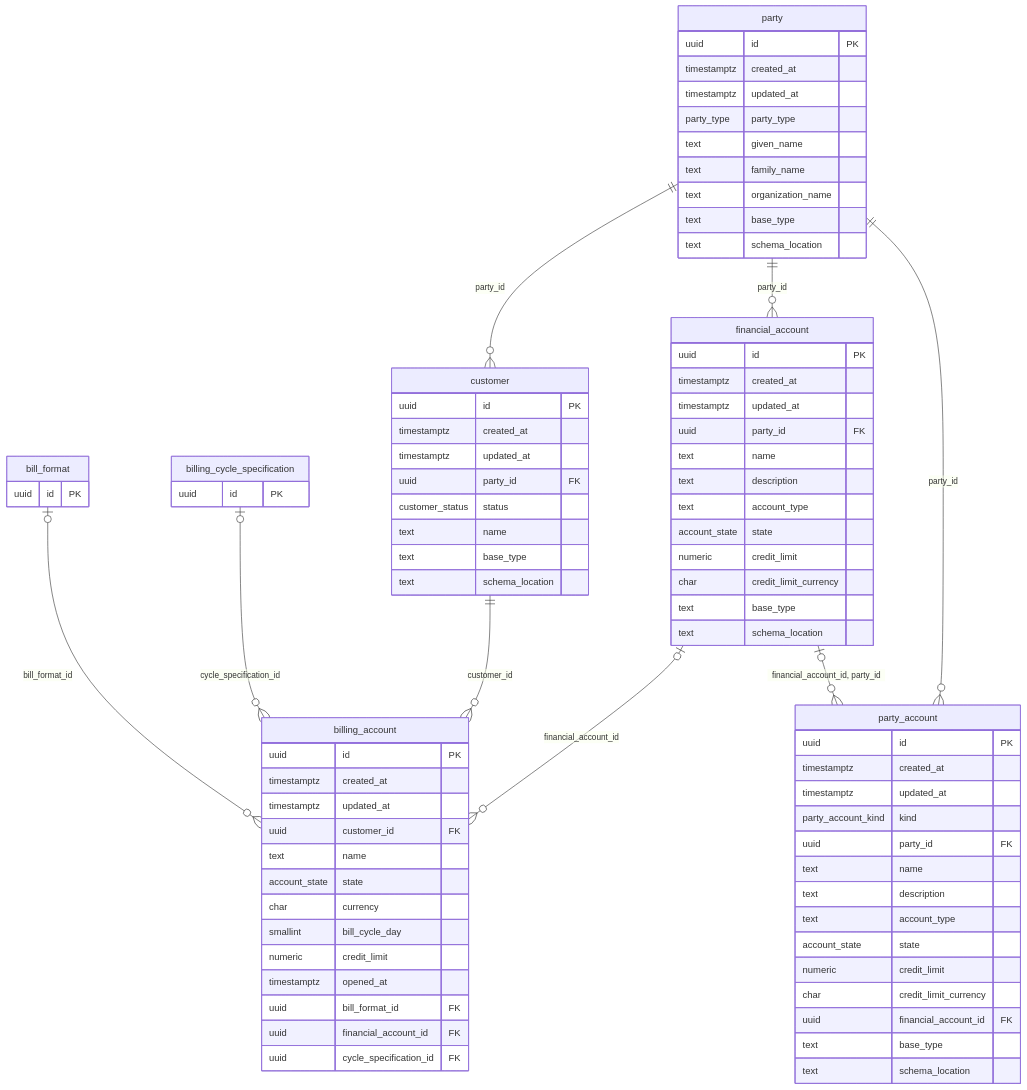
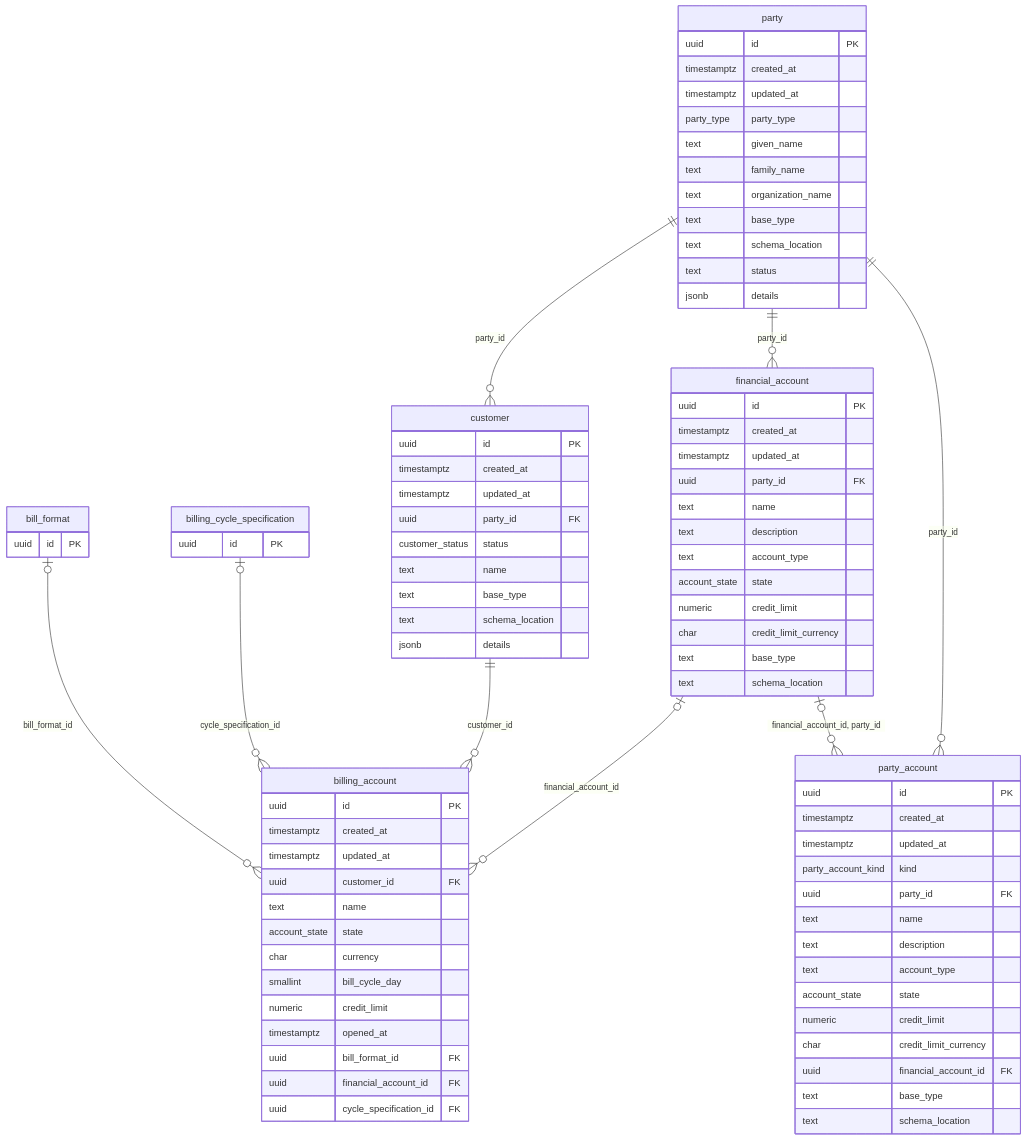
Before and after one commit to altharmz/bss: the second of 8 diagrams in docs/db/README.md, drawn with Mermaid. The commit also changed other lines of this file and 23 other files, not shown here.

```diff
--- a/docs/db/README.md
+++ b/docs/db/README.md
@@ -170,6 +170,8 @@
     text organization_name
     text base_type
     text schema_location
+    text status
+    jsonb details
   }
   customer {
     uuid id PK
@@ -180,6 +182,7 @@
     text name
     text base_type
     text schema_location
+    jsonb details
   }
   billing_account {
     uuid id PK
```
